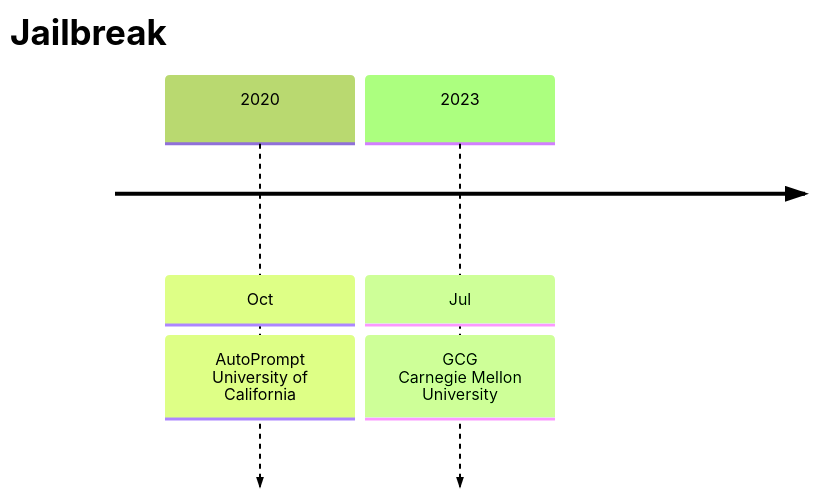
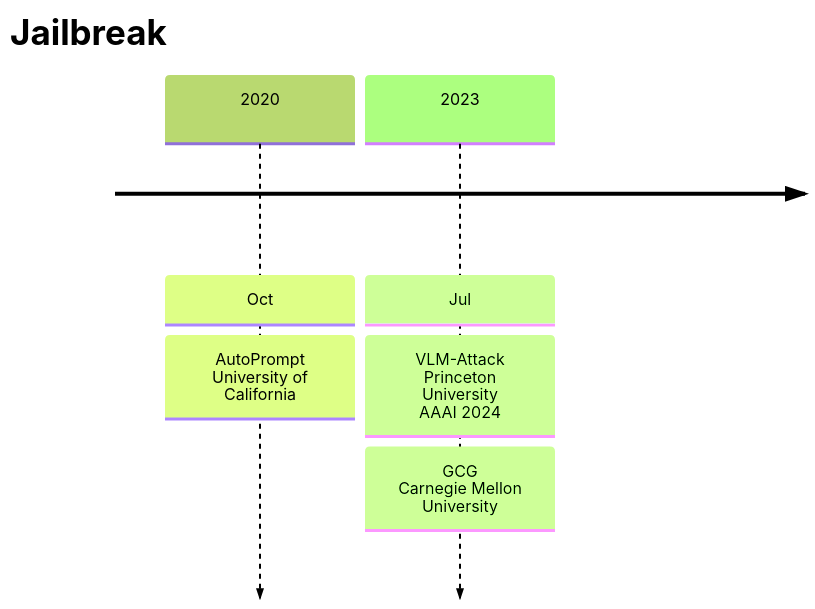
The first of 5 diagrams in Attack/Jailbreak/analyse.md (Elephant-King9/Paper), drawn with Mermaid (forest theme) before and after one commit. The commit also changed other lines of this file and 5 other files, not shown here.

````diff
--- a/Attack/Jailbreak/analyse.md
+++ b/Attack/Jailbreak/analyse.md
@@ -5,10 +5,11 @@
 ```mermaid
 timeline
     title Jailbreak
     	2020 : Oct
     			 : AutoPrompt<br>University of California
     	2023 : Jul
+    			 : VLM-Attack<br>Princeton University<br>AAAI 2024
     			 : GCG<br>Carnegie Mellon University
     			 
     
 ```
````
